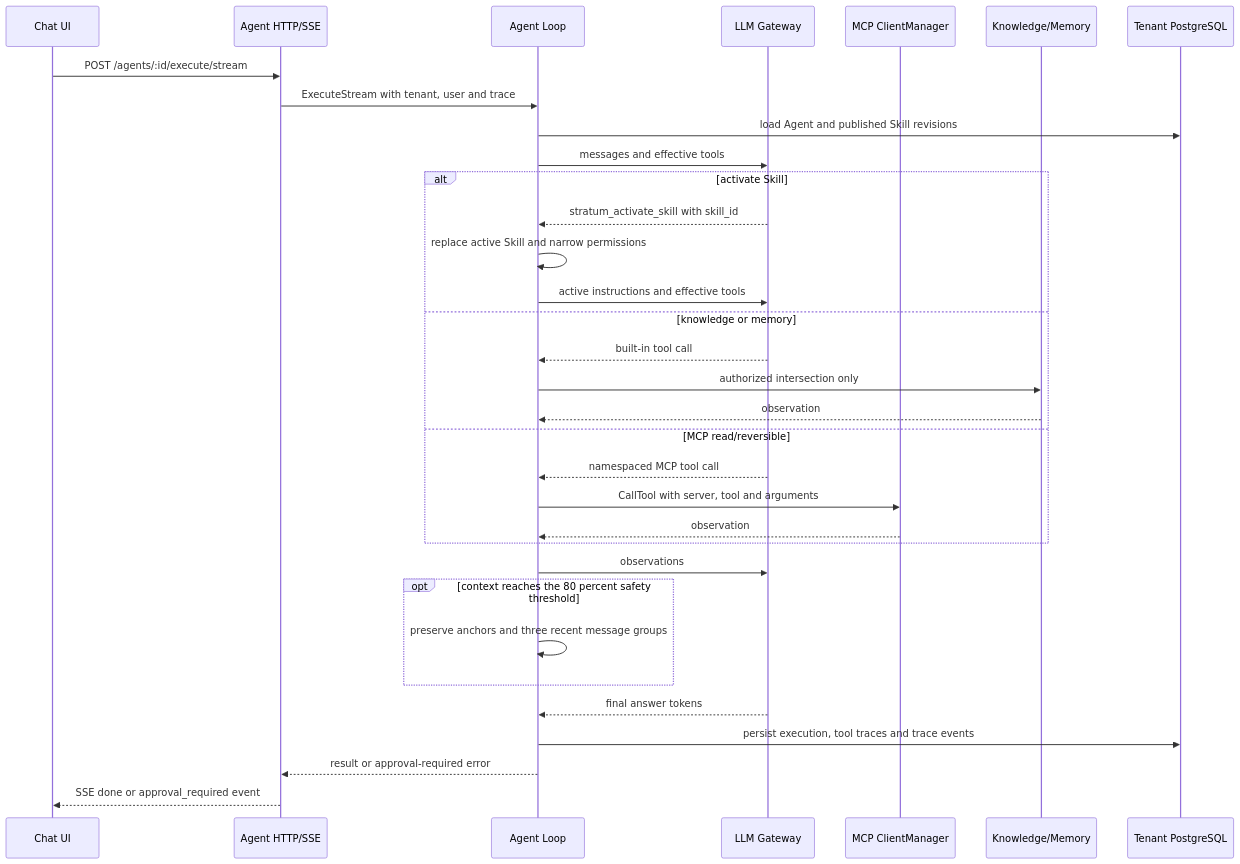
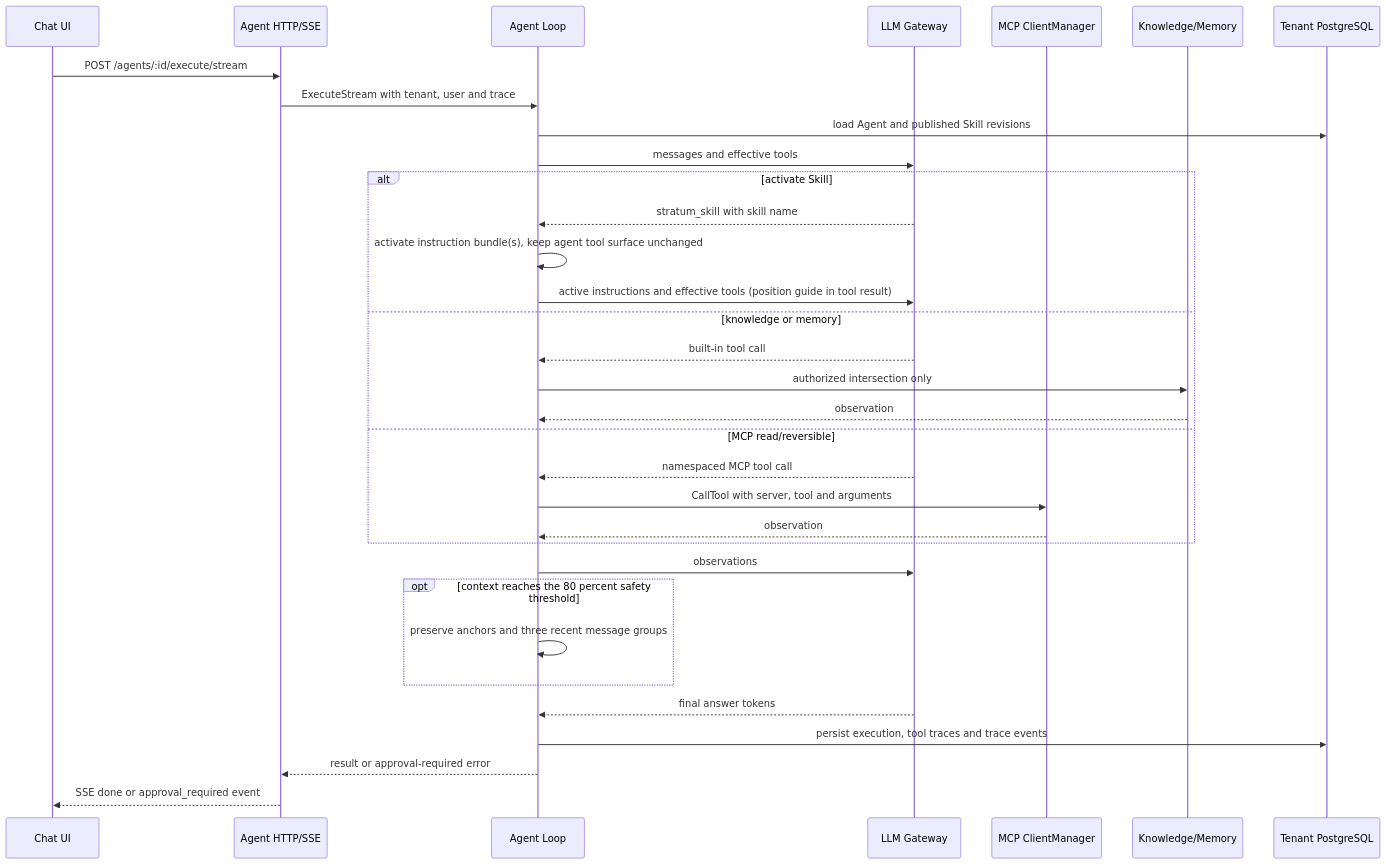
The third of 4 diagrams in docs/agent/agent-chat-flow.md (ArchChuan/Stratum), drawn with Mermaid before and after one commit. The commit also changed 23 other files, not shown here.

First line of the commit message:
[feat](agent): skill 触发范式重构——统一 stratum_skill 工具 + 继承 agent 绑定

````diff
--- a/docs/agent/agent-chat-flow.md
+++ b/docs/agent/agent-chat-flow.md
@@ -70,36 +70,36 @@
 ```mermaid
 sequenceDiagram
     participant UI as Chat UI
     participant API as Agent HTTP/SSE
     participant Engine as Agent Loop
     participant LLM as LLM Gateway
     participant MCP as MCP ClientManager
     participant KM as Knowledge/Memory
     participant DB as Tenant PostgreSQL
 
     UI->>API: POST /agents/:id/execute/stream
     API->>Engine: ExecuteStream with tenant, user and trace
     Engine->>DB: load Agent and published Skill revisions
     Engine->>LLM: messages and effective tools
     alt activate Skill
-        LLM-->>Engine: stratum_activate_skill with skill_id
-        Engine->>Engine: replace active Skill and narrow permissions
-        Engine->>LLM: active instructions and effective tools
+        LLM-->>Engine: stratum_skill with skill name
+        Engine->>Engine: activate instruction bundle(s), keep agent tool surface unchanged
+        Engine->>LLM: active instructions and effective tools (position guide in tool result)
     else knowledge or memory
         LLM-->>Engine: built-in tool call
         Engine->>KM: authorized intersection only
         KM-->>Engine: observation
     else MCP read/reversible
         LLM-->>Engine: namespaced MCP tool call
         Engine->>MCP: CallTool with server, tool and arguments
         MCP-->>Engine: observation
     end
     Engine->>LLM: observations
     opt context reaches the 80 percent safety threshold
         Engine->>Engine: preserve anchors and three recent message groups
     end
     LLM-->>Engine: final answer tokens
     Engine->>DB: persist execution, tool traces and trace events
     Engine-->>API: result or approval-required error
     API-->>UI: SSE done or approval_required event
 ```
````
